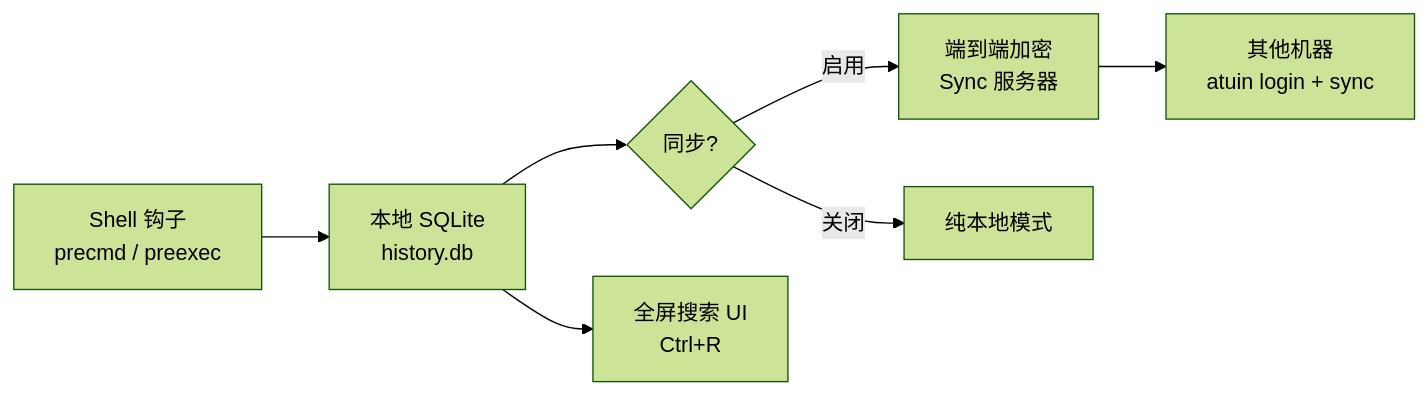
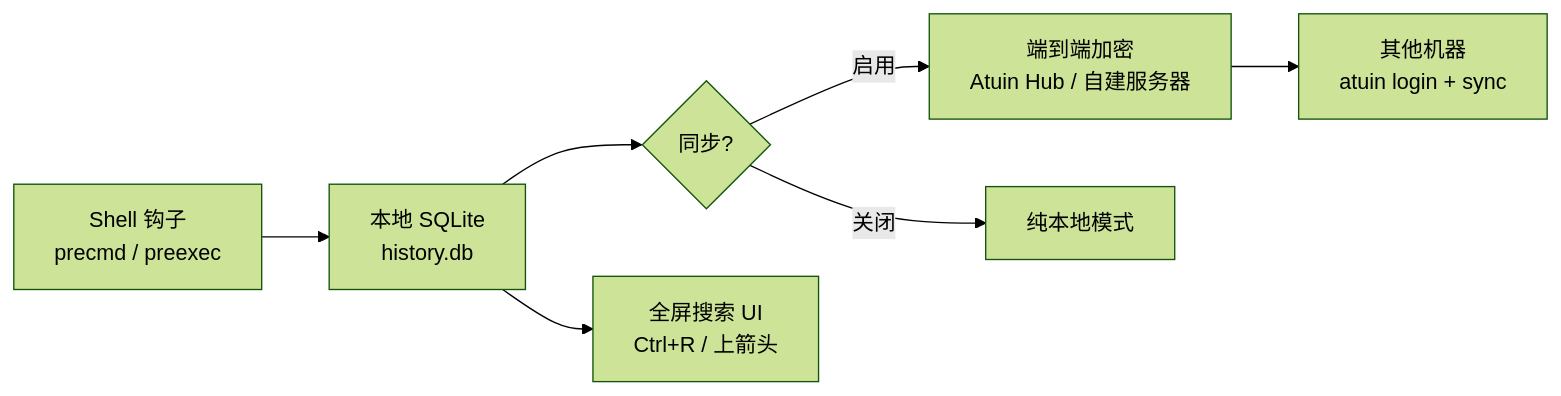
One commit to A1pha3/text-matrix changed the diagram in content/posts/tech/atuin-shell-history-manager-guide.md. Above: the diagram before and after it, drawn with Mermaid (forest theme). The commit also changed other lines of this file and 17 other files, not shown here.

````diff
--- a/content/posts/tech/atuin-shell-history-manager-guide.md
+++ b/content/posts/tech/atuin-shell-history-manager-guide.md
@@ -38,9 +42,9 @@
 ```mermaid
 flowchart LR
     A[Shell 钩子<br/>precmd / preexec] --> B[本地 SQLite<br/>history.db]
     B --> C{同步?}
-    C -->|启用| D[端到端加密<br/>Sync 服务器]
+    C -->|启用| D[端到端加密<br/>Atuin Hub / 自建服务器]
     C -->|关闭| E[纯本地模式]
     D --> F[其他机器<br/>atuin login + sync]
-    B --> G[全屏搜索 UI<br/>Ctrl+R]
+    B --> G[全屏搜索 UI<br/>Ctrl+R / 上箭头]
 ```
````
